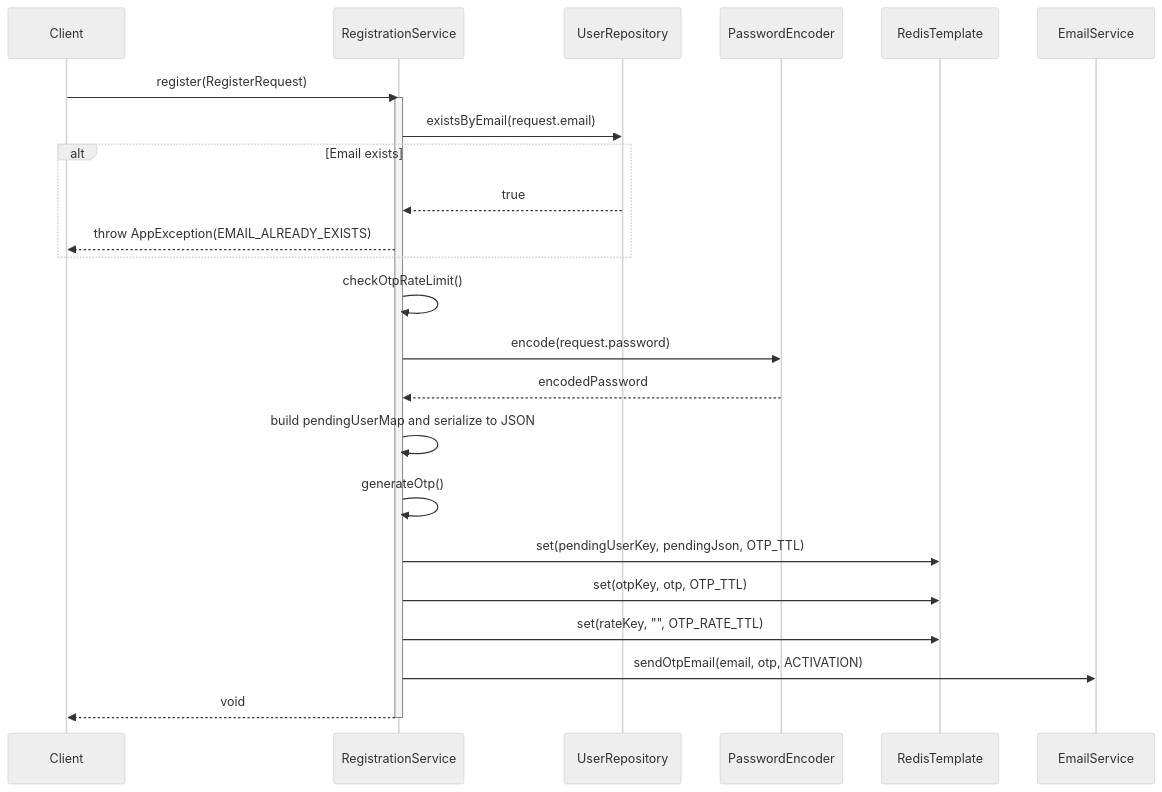
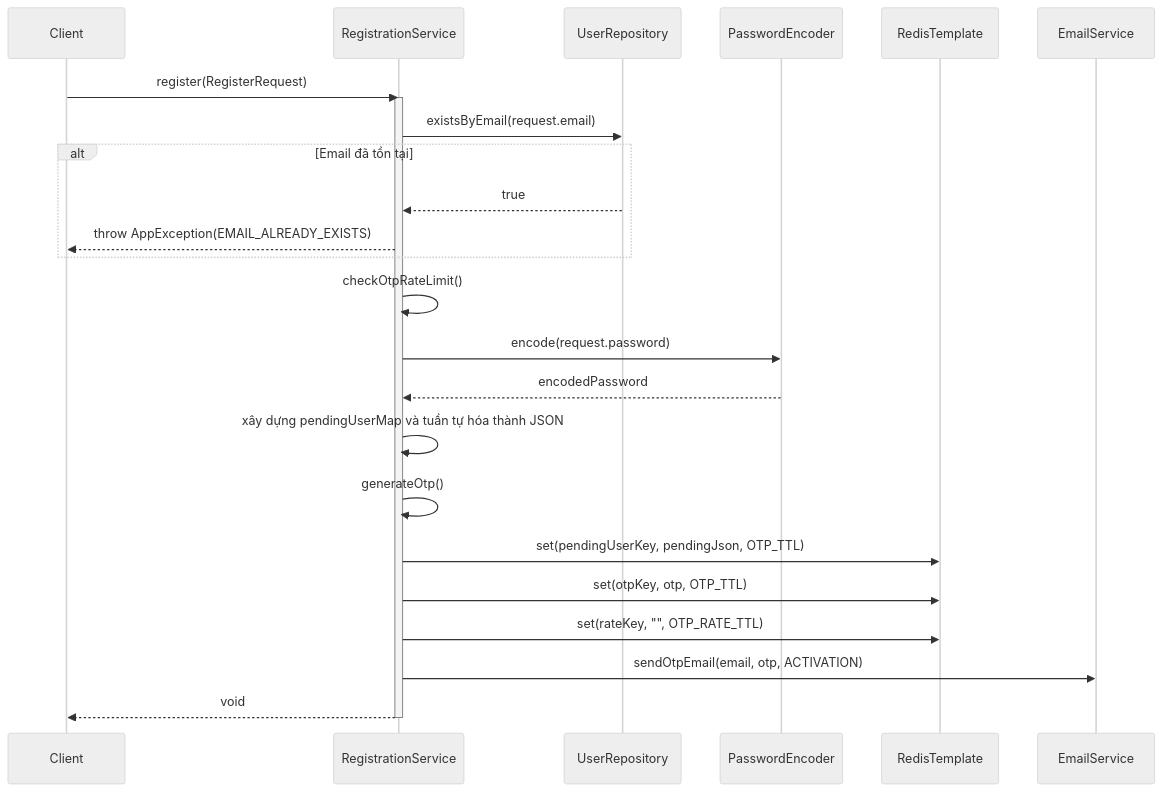
One commit to aquoc09/easymall changed the fifth of 10 diagrams in .agent/sequence/auth_services_sequence_diagrams.md. Above: the diagram before and after it, drawn with Mermaid (neutral theme). The commit also changed other lines of this file and 18 other files, not shown here.

Commit message:
UPDATE: Sequence diagram vietnamese

````diff
--- a/.agent/sequence/auth_services_sequence_diagrams.md
+++ b/.agent/sequence/auth_services_sequence_diagrams.md
@@ -175,35 +175,35 @@
 ```mermaid
 sequenceDiagram
     participant Client
     participant RegistrationService
     participant UserRepository
     participant PasswordEncoder
     participant RedisTemplate
     participant EmailService
 
     Client->>RegistrationService: register(RegisterRequest)
     activate RegistrationService
 
     RegistrationService->>UserRepository: existsByEmail(request.email)
-    alt Email exists
+    alt Email đã tồn tại
         UserRepository-->>RegistrationService: true
         RegistrationService-->>Client: throw AppException(EMAIL_ALREADY_EXISTS)
     end
     
     RegistrationService->>RegistrationService: checkOtpRateLimit()
     
     RegistrationService->>PasswordEncoder: encode(request.password)
     PasswordEncoder-->>RegistrationService: encodedPassword
     
-    RegistrationService->>RegistrationService: build pendingUserMap and serialize to JSON
+    RegistrationService->>RegistrationService: xây dựng pendingUserMap và tuần tự hóa thành JSON
     RegistrationService->>RegistrationService: generateOtp()
 
     RegistrationService->>RedisTemplate: set(pendingUserKey, pendingJson, OTP_TTL)
     RegistrationService->>RedisTemplate: set(otpKey, otp, OTP_TTL)
     RegistrationService->>RedisTemplate: set(rateKey, "", OTP_RATE_TTL)
     
     RegistrationService->>EmailService: sendOtpEmail(email, otp, ACTIVATION)
 
     RegistrationService-->>Client: void
     deactivate RegistrationService
 ```
````
